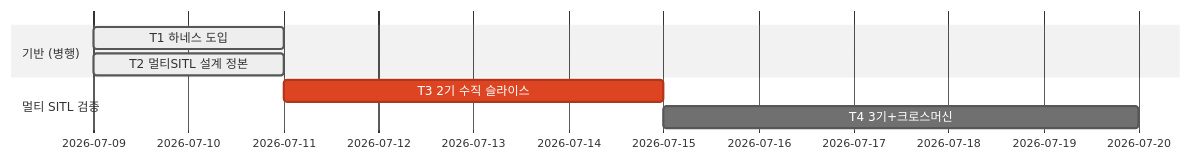
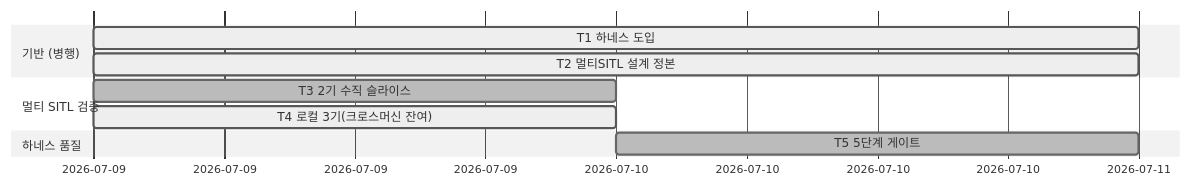
The diagram in EXPERIMENTS.md (swjo0330/Aerion-ardu-ws), drawn with Mermaid (neutral theme) before and after one commit. The commit also changed other lines of this file and 17 other files, not shown here.

````diff
--- a/EXPERIMENTS.md
+++ b/EXPERIMENTS.md
@@ -105,10 +106,12 @@
 ```mermaid
 gantt
     dateFormat  YYYY-MM-DD
     section 기반 (병행)
     T1 하네스 도입           :active, t1, 2026-07-09, 2d
     T2 멀티SITL 설계 정본     :active, t2, 2026-07-09, 2d
     section 멀티 SITL 검증
-    T3 2기 수직 슬라이스      :crit, t3, after t2, 4d
-    T4 3기+크로스머신        :t4, after t3, 5d
+    T3 2기 수직 슬라이스      :done, t3, 2026-07-09, 1d
+    T4 로컬 3기(크로스머신 잔여) :active, t4, 2026-07-09, 1d
+    section 하네스 품질
+    T5 5단계 게이트          :done, t5, 2026-07-10, 1d
 ```
````
